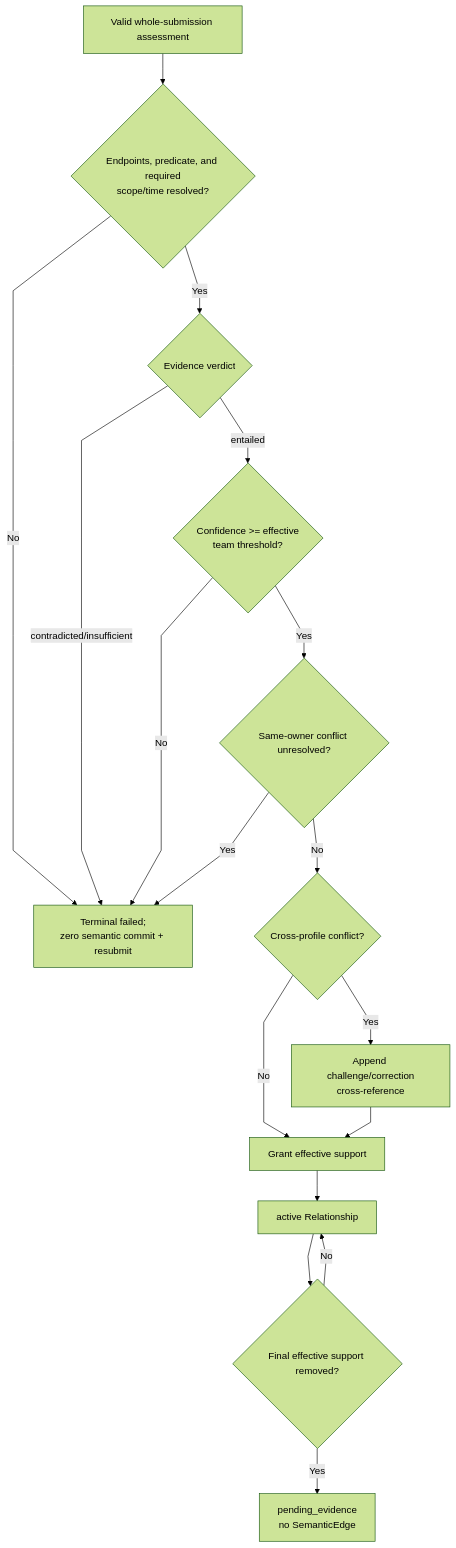
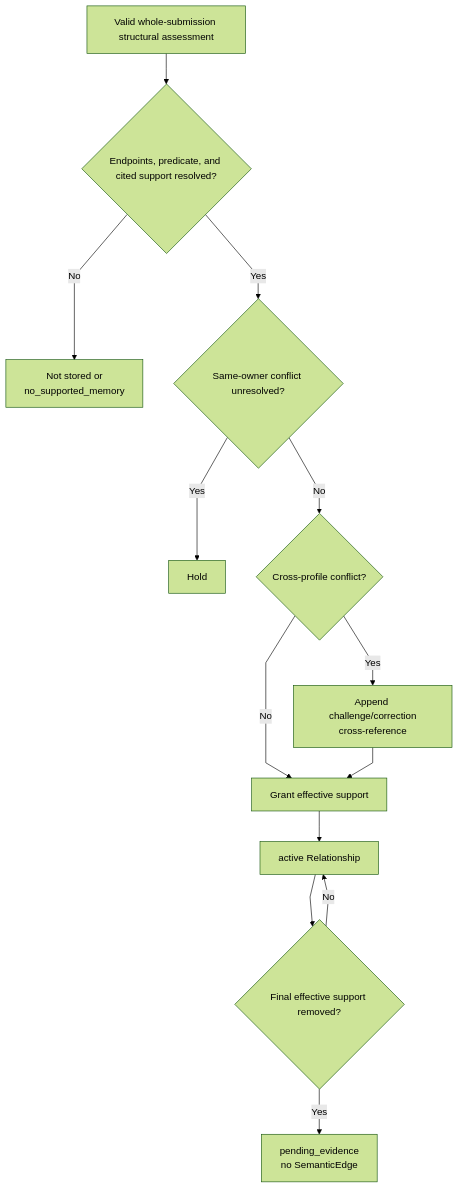
One commit to markhuangai/dense-mem changed the sixth of 10 diagrams in Relationship-Model-And-Lifecycle.md. Above: the diagram before and after it, drawn with Mermaid (forest theme). The commit also changed other lines of this file and 17 other files, not shown here.

````diff
--- a/Relationship-Model-And-Lifecycle.md
+++ b/Relationship-Model-And-Lifecycle.md
@@ -558,20 +559,16 @@
 ```mermaid
 %%{init: {"flowchart": {"curve": "linear"}}}%%
 flowchart TD
-  Observation["Valid whole-submission assessment"] --> Structure{"Endpoints, predicate, and required<br/>scope/time resolved?"}
-  Structure -- No --> Hold["Terminal failed;<br/>zero semantic commit + resubmit"]
-  Structure -- Yes --> Verdict{"Evidence verdict"}
-  Verdict -- contradicted/insufficient --> Hold
-  Verdict -- entailed --> Gate{"Confidence >= effective<br/>team threshold?"}
-  Gate -- No --> Hold
-  Gate -- Yes --> OwnerConflict{"Same-owner conflict unresolved?"}
+  Observation["Valid whole-submission structural assessment"] --> Structure{"Endpoints, predicate, and cited support resolved?"}
+  Structure -- No --> Omit["Not stored or<br/>no_supported_memory"]
+  Structure -- Yes --> OwnerConflict{"Same-owner conflict unresolved?"}
   OwnerConflict -- Yes --> Hold
   OwnerConflict -- No --> Cross{"Cross-profile conflict?"}
   Cross -- Yes --> Reference["Append challenge/correction<br/>cross-reference"]
   Cross -- No --> Support["Grant effective support"]
   Reference --> Support
   Support --> Active["active Relationship"]
   Active --> Lost{"Final effective support removed?"}
   Lost -- No --> Active
   Lost -- Yes --> Pending["pending_evidence<br/>no SemanticEdge"]
 ```
````
